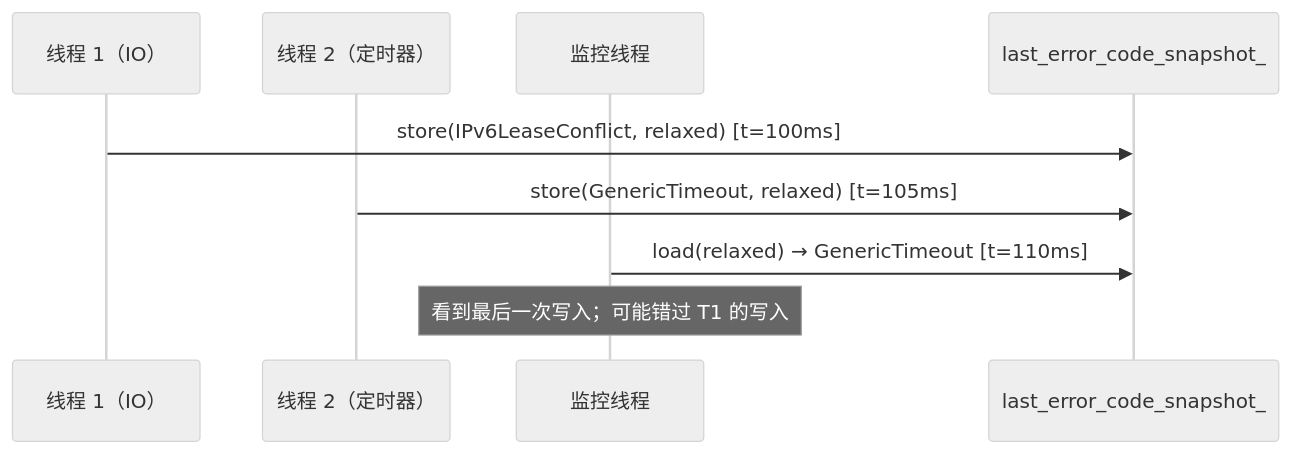
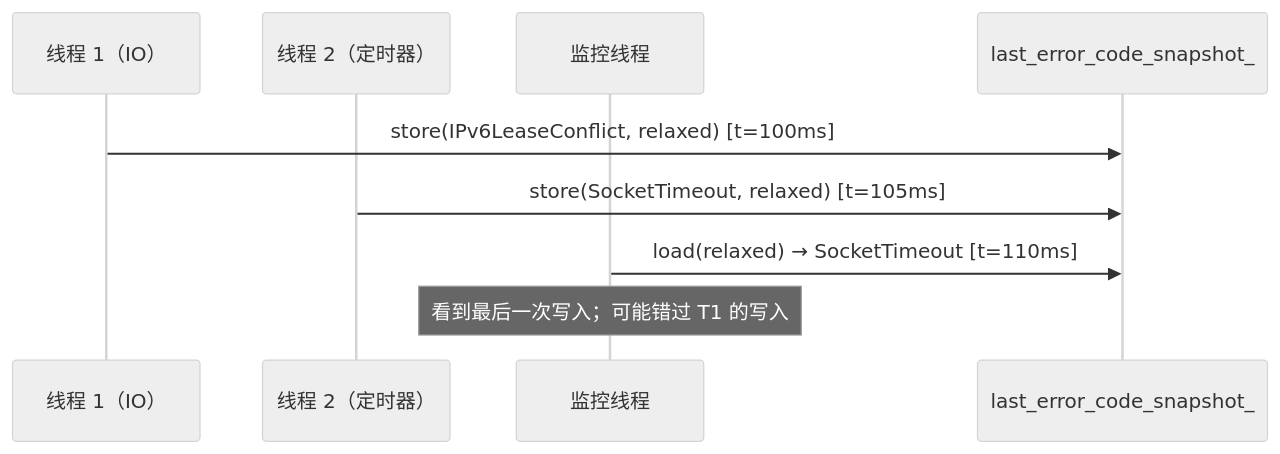
Before and after one commit to HyacinthHaru/openppp2: the fifth of 8 diagrams in docs/DIAGNOSTICS_ERROR_SYSTEM_CN.md, drawn with Mermaid (neutral theme). The commit also changed other lines of this file and 85 other files, not shown here.

````diff
--- a/docs/DIAGNOSTICS_ERROR_SYSTEM_CN.md
+++ b/docs/DIAGNOSTICS_ERROR_SYSTEM_CN.md
@@ -355,12 +356,12 @@
 ```mermaid
 sequenceDiagram
     participant T1 as 线程 1（IO）
     participant T2 as 线程 2（定时器）
     participant Mon as 监控线程
     participant Snap as last_error_code_snapshot_
 
     T1->>Snap: store(IPv6LeaseConflict, relaxed) [t=100ms]
-    T2->>Snap: store(GenericTimeout, relaxed) [t=105ms]
-    Mon->>Snap: load(relaxed) → GenericTimeout [t=110ms]
+    T2->>Snap: store(SocketTimeout, relaxed) [t=105ms]
+    Mon->>Snap: load(relaxed) → SocketTimeout [t=110ms]
     Note over Mon: 看到最后一次写入；可能错过 T1 的写入
 ```
````
